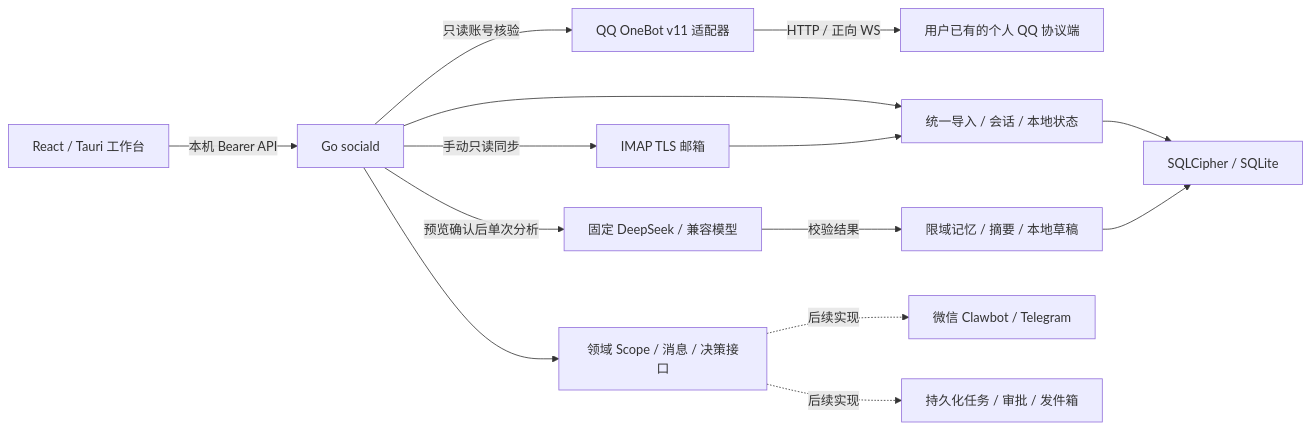
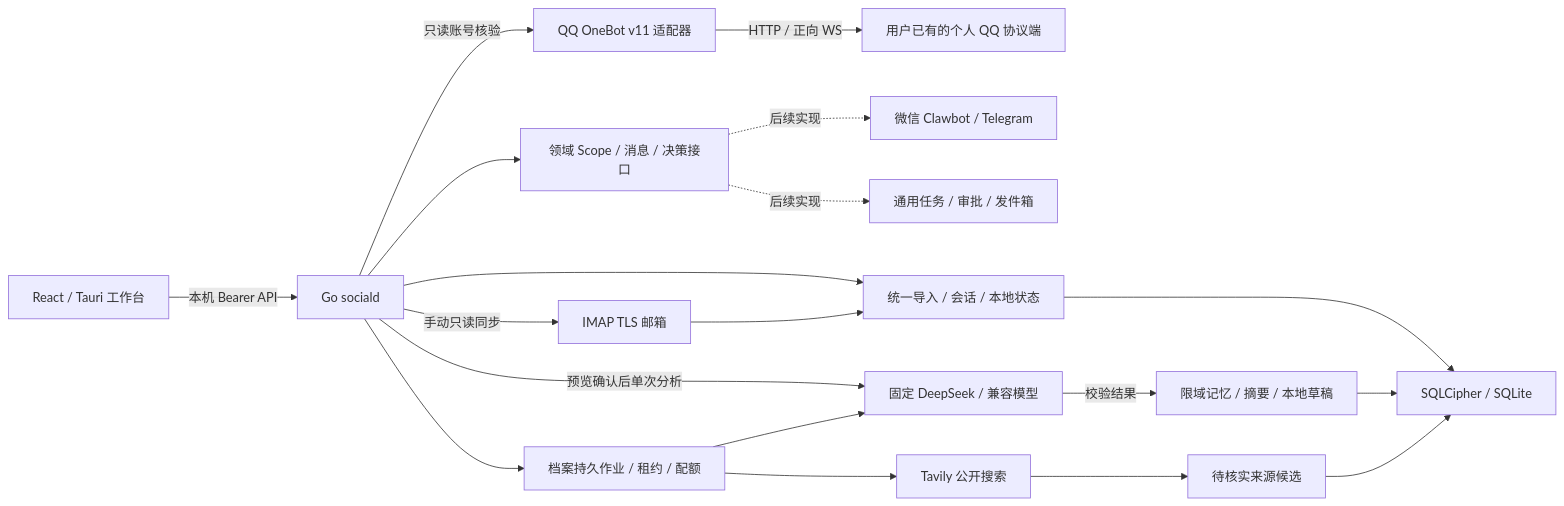
One commit to qilinbro/msg-manager changed the diagram in README.md. Above: the diagram before and after it, drawn with Mermaid. The commit also changed other lines of this file and 53 other files, not shown here.

````diff
--- a/README.md
+++ b/README.md
@@ -85,16 +86,21 @@
 ```mermaid
 flowchart LR
     UI[React / Tauri 工作台] -->|本机 Bearer API| API[Go sociald]
     API -->|只读账号核验| QQ[QQ OneBot v11 适配器]
     QQ -->|HTTP / 正向 WS| PROVIDER[用户已有的个人 QQ 协议端]
     API --> DOMAIN[领域 Scope / 消息 / 决策接口]
     API --> INBOX[统一导入 / 会话 / 本地状态]
     INBOX --> STORE[SQLCipher / SQLite]
     API -->|手动只读同步| EMAIL[IMAP TLS 邮箱]
     EMAIL --> INBOX
     API -->|预览确认后单次分析| AI[固定 DeepSeek / 兼容模型]
     AI -->|校验结果| MEMORY[限域记忆 / 摘要 / 本地草稿]
     MEMORY --> STORE
     DOMAIN -. 后续实现 .-> CONNECTOR[微信 Clawbot / Telegram]
-    DOMAIN -. 后续实现 .-> AGENT[持久化任务 / 审批 / 发件箱]
+    API --> JOBS[档案持久作业 / 租约 / 配额]
+    JOBS --> AI
+    JOBS --> SEARCH[Tavily 公开搜索]
+    SEARCH --> CANDIDATE[待核实来源候选]
+    CANDIDATE --> STORE
+    DOMAIN -. 后续实现 .-> AGENT[通用任务 / 审批 / 发件箱]
 ```
````
